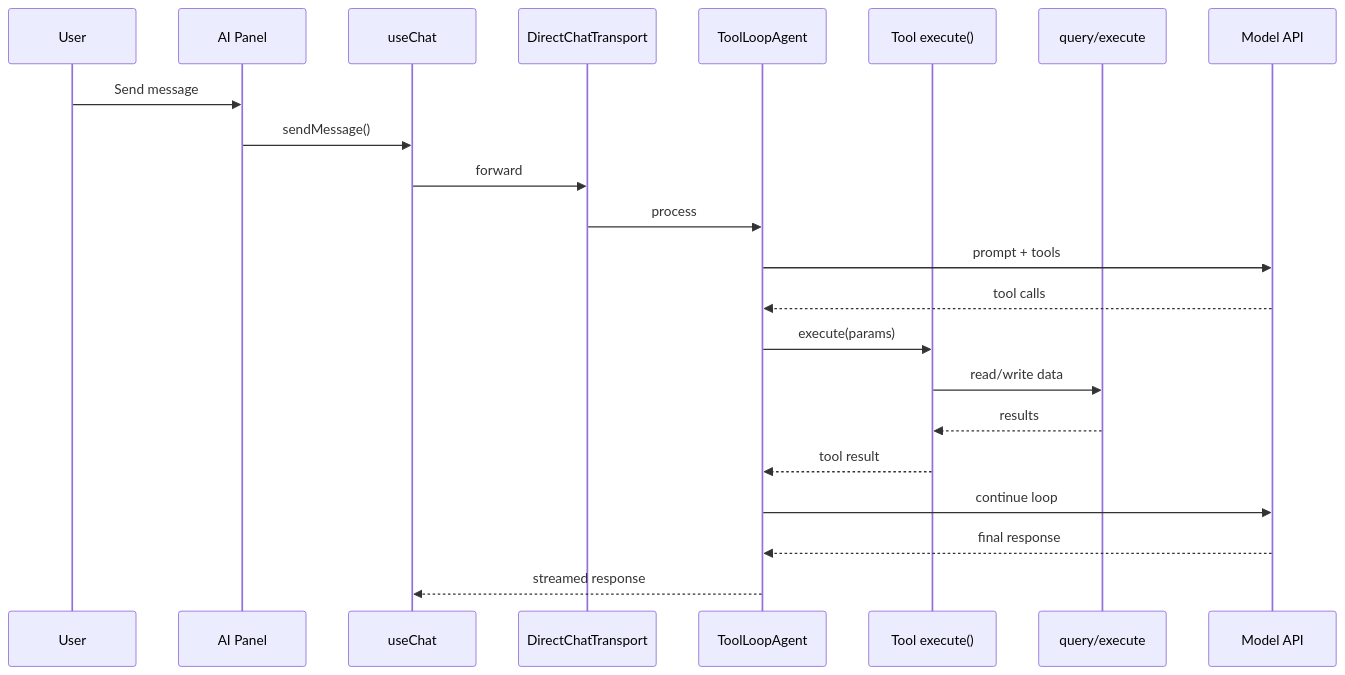
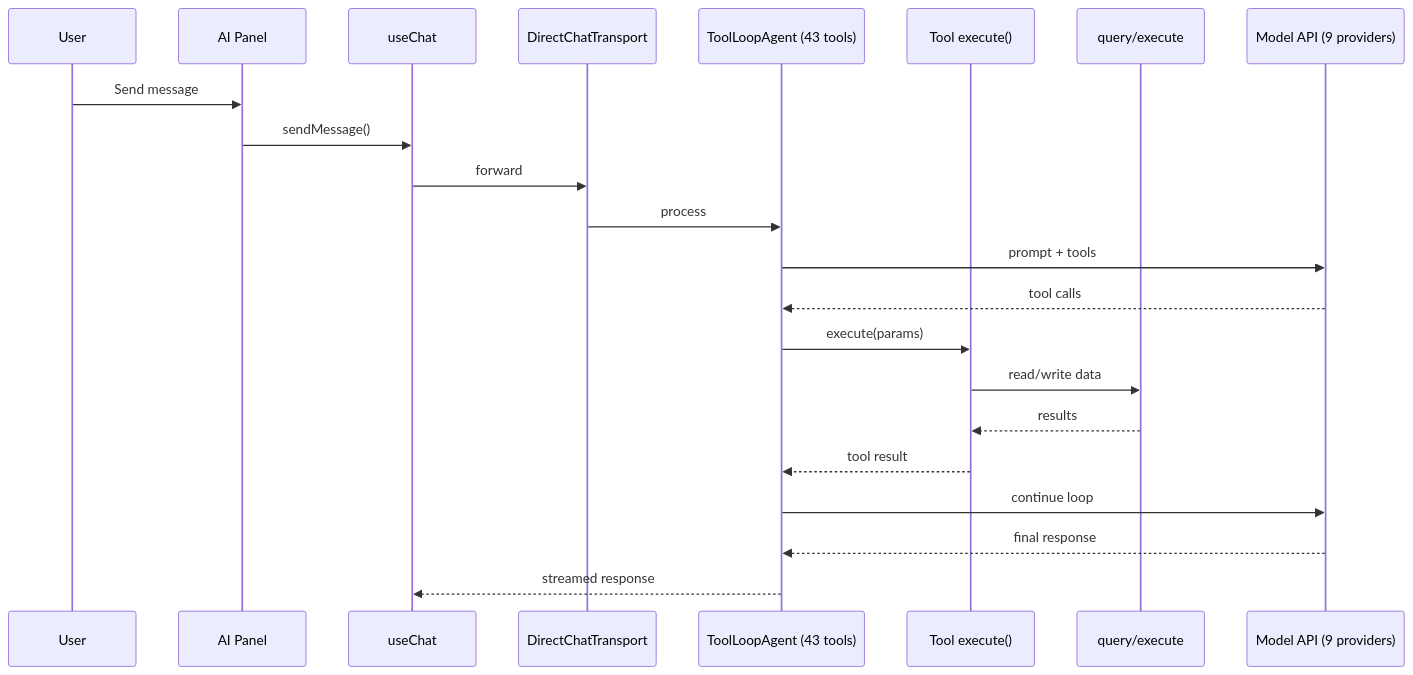
The second of 2 diagrams in docs/guides/ARCHITECTURE.md (g0dxn4/Shikin), drawn with Mermaid before and after one commit. The commit also changed other lines of this file and 4 other files, not shown here.

````diff
--- a/docs/guides/ARCHITECTURE.md
+++ b/docs/guides/ARCHITECTURE.md
@@ -75,25 +139,25 @@
 ```mermaid
 sequenceDiagram
     participant User
     participant Panel as AI Panel
     participant Chat as useChat
     participant Transport as DirectChatTransport
-    participant Agent as ToolLoopAgent
+    participant Agent as ToolLoopAgent (43 tools)
     participant Tool as Tool execute()
     participant DB as query/execute
-    participant LLM as Model API
+    participant LLM as Model API (9 providers)
 
     User->>Panel: Send message
     Panel->>Chat: sendMessage()
     Chat->>Transport: forward
     Transport->>Agent: process
     Agent->>LLM: prompt + tools
     LLM-->>Agent: tool calls
     Agent->>Tool: execute(params)
     Tool->>DB: read/write data
     DB-->>Tool: results
     Tool-->>Agent: tool result
     Agent->>LLM: continue loop
     LLM-->>Agent: final response
     Agent-->>Chat: streamed response
 ```
````
